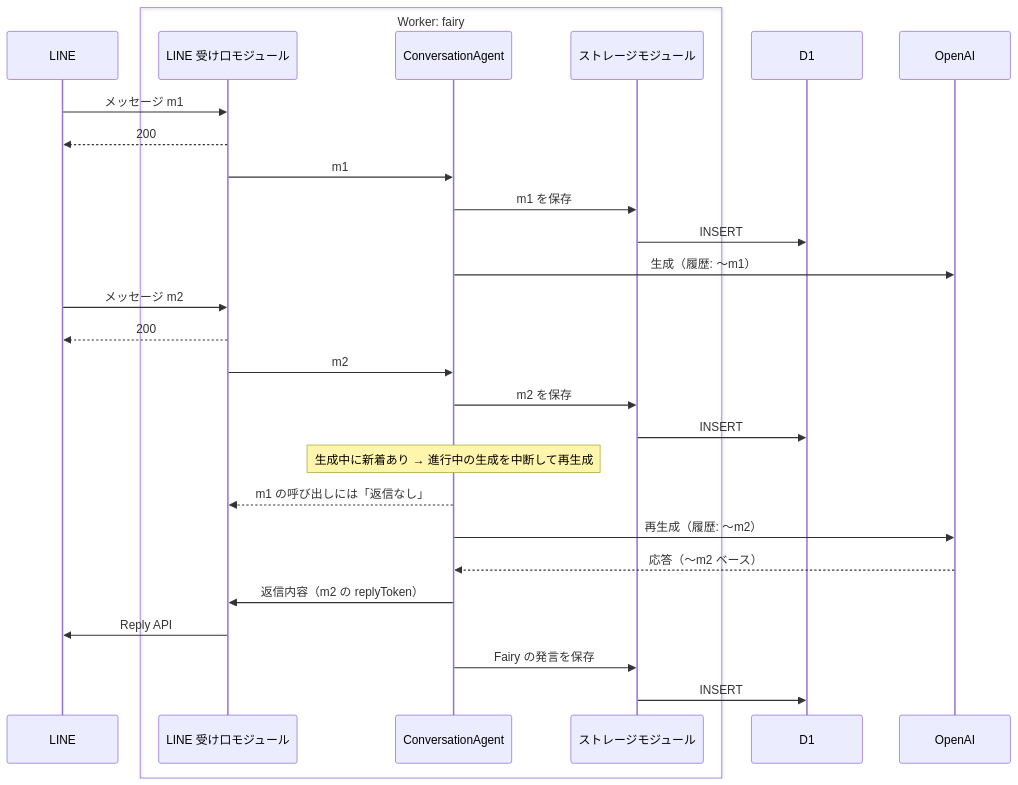
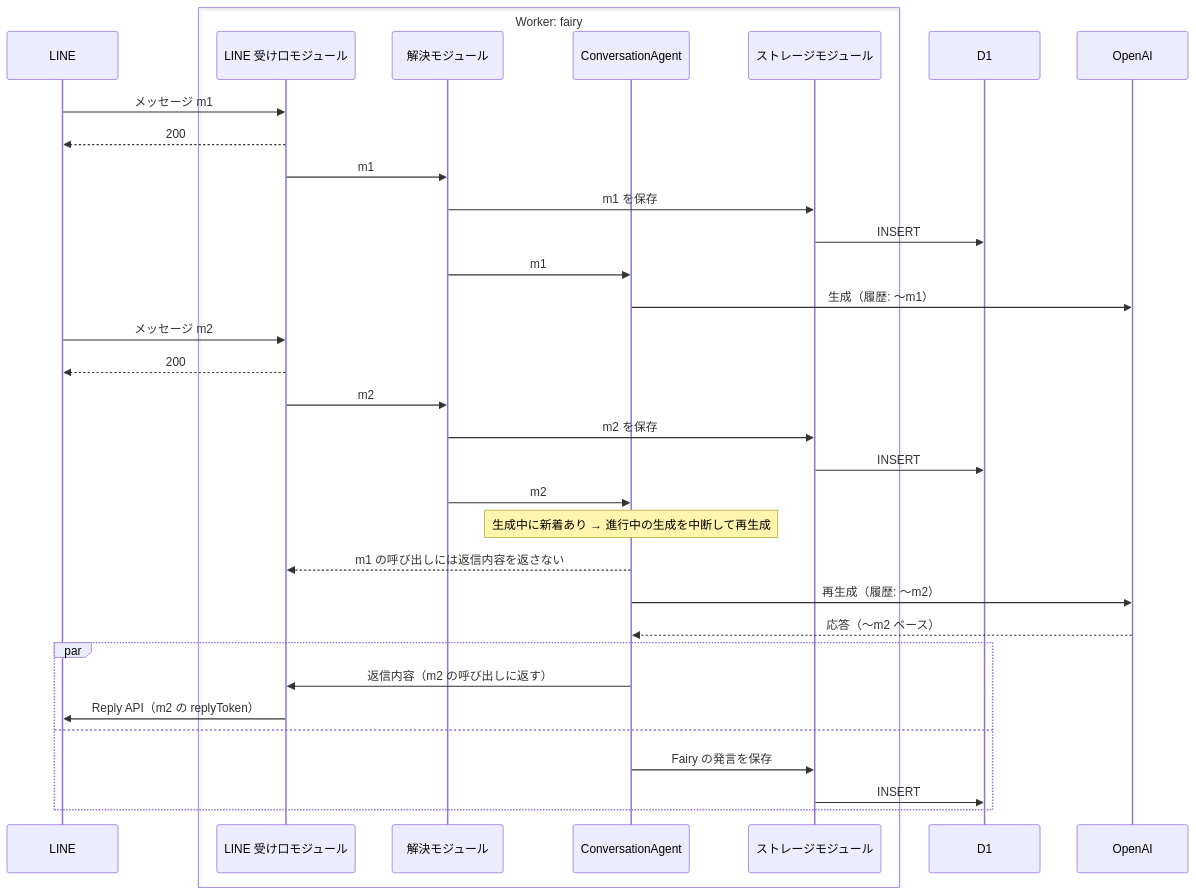
One commit to TatsuyaYamamoto/sicaco-quarter-third-street changed the second of 2 diagrams in docs/phases/phase-1.md. Above: the diagram before and after it, drawn with Mermaid. The commit also changed other lines of this file and 3 other files, not shown here.

First line of the commit message:
Redesign message flow into three layers and keep roles on persons

````diff
--- a/docs/phases/phase-1.md
+++ b/docs/phases/phase-1.md
@@ -103,31 +140,37 @@
 ```mermaid
 sequenceDiagram
     participant L as LINE
     box Worker: fairy
         participant LM as LINE 受け口モジュール
+        participant R as 解決モジュール
         participant A as ConversationAgent
         participant S as ストレージモジュール
     end
     participant D as D1
     participant O as OpenAI
 
     L->>LM: メッセージ m1
     LM-->>L: 200
-    LM->>A: m1
-    A->>S: m1 を保存
+    LM->>R: m1
+    R->>S: m1 を保存
     S->>D: INSERT
+    R->>A: m1
     A->>O: 生成（履歴: 〜m1）
     L->>LM: メッセージ m2
     LM-->>L: 200
-    LM->>A: m2
-    A->>S: m2 を保存
+    LM->>R: m2
+    R->>S: m2 を保存
     S->>D: INSERT
+    R->>A: m2
     Note over A: 生成中に新着あり → 進行中の生成を中断して再生成
-    A-->>LM: m1 の呼び出しには「返信なし」
+    A-->>LM: m1 の呼び出しには返信内容を返さない
     A->>O: 再生成（履歴: 〜m2）
     O-->>A: 応答（〜m2 ベース）
-    A->>LM: 返信内容（m2 の replyToken）
-    LM->>L: Reply API
-    A->>S: Fairy の発言を保存
-    S->>D: INSERT
+    par
+        A->>LM: 返信内容（m2 の呼び出しに返す）
+        LM->>L: Reply API（m2 の replyToken）
+    and
+        A->>S: Fairy の発言を保存
+        S->>D: INSERT
+    end
 ```
````
